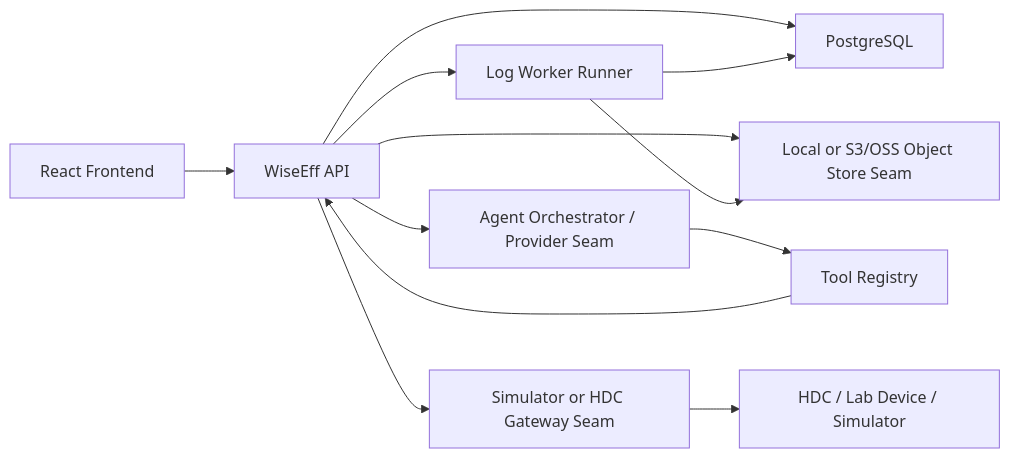
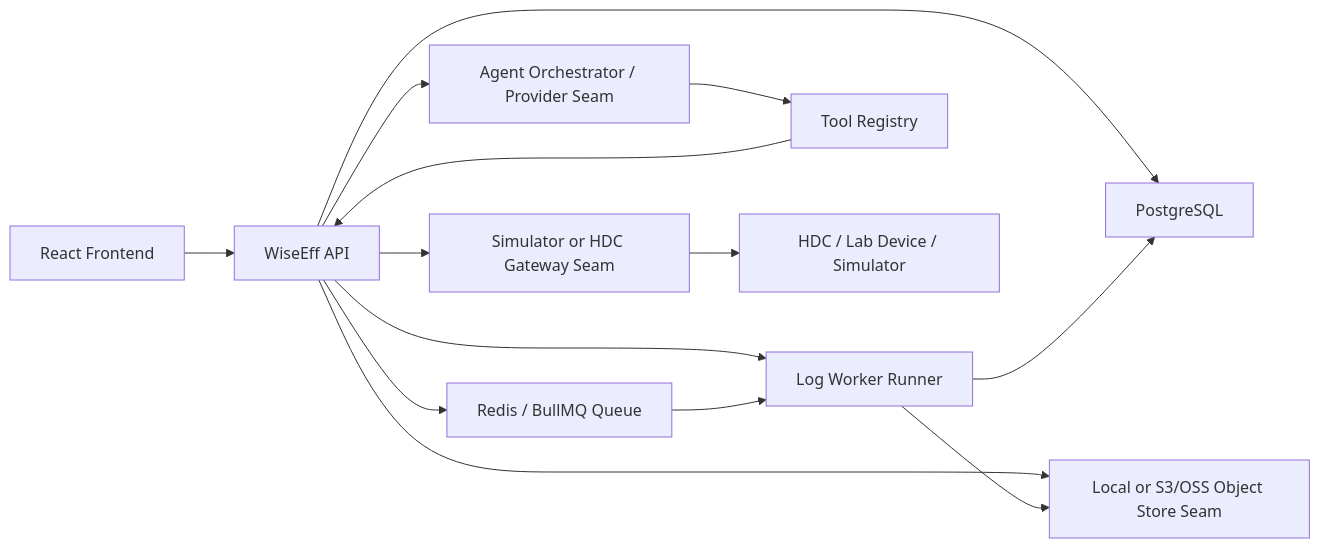
One commit to tzrea1-Q/WiseEff changed the diagram in docs/design-docs/full-stack-architecture.md. Above: the diagram before and after it, drawn with Mermaid. The commit also changed other lines of this file and 59 other files, not shown here.

````diff
--- a/docs/design-docs/full-stack-architecture.md
+++ b/docs/design-docs/full-stack-architecture.md
@@ -41,14 +43,16 @@
 ```mermaid
 flowchart LR
   Browser["React Frontend"] --> Api["WiseEff API"]
   Api --> Db["PostgreSQL"]
+  Api --> Queue["Redis / BullMQ Queue"]
   Api --> Worker["Log Worker Runner"]
   Api --> ObjectStore["Local or S3/OSS Object Store Seam"]
   Api --> Agent["Agent Orchestrator / Provider Seam"]
   Api --> DeviceGateway["Simulator or HDC Gateway Seam"]
+  Queue --> Worker
   Worker --> Db
   Worker --> ObjectStore
   Agent --> ToolRegistry["Tool Registry"]
   ToolRegistry --> Api
   DeviceGateway --> Device["HDC / Lab Device / Simulator"]
 ```
````
